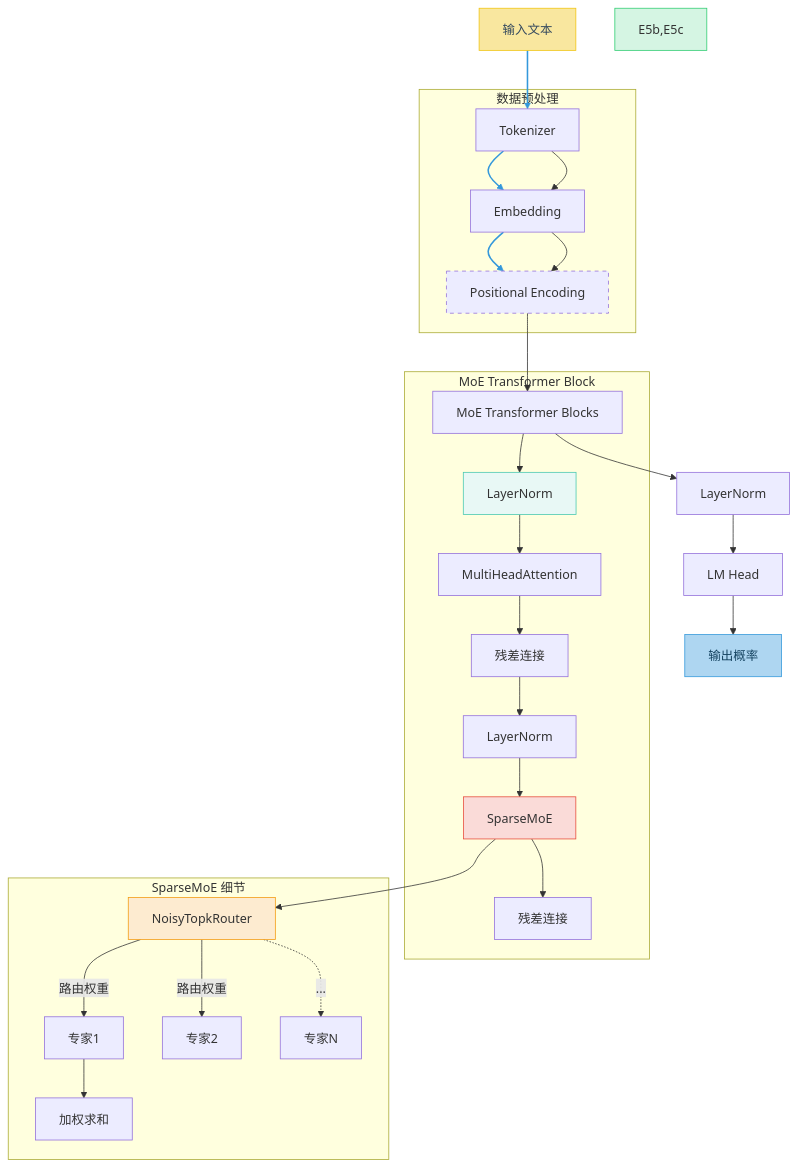
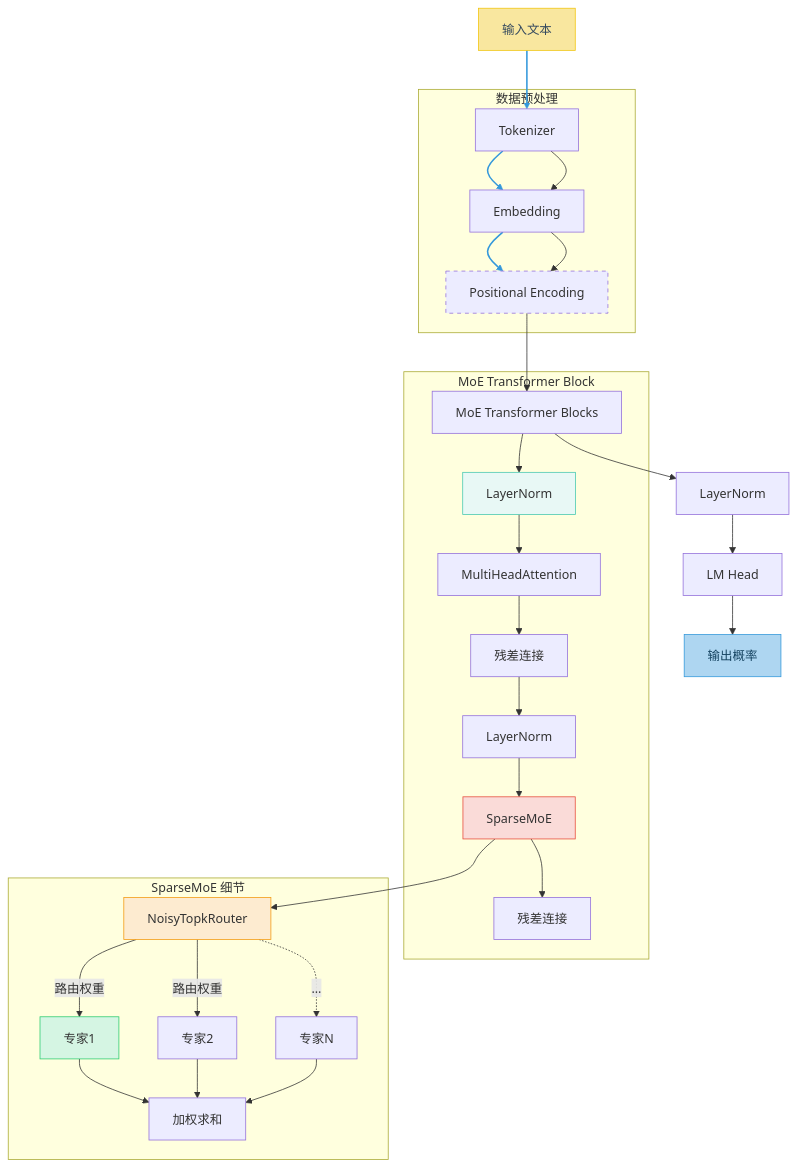
Before and after one commit to runningto/iodraw-files: the diagram in all/未命名-2.md, drawn with Mermaid.

Commit message:
2025-03-29 16:44:15 update

````diff
--- a/all/未命名-2.md
+++ b/all/未命名-2.md
@@ -1,45 +1,46 @@
 ```mermaid
 graph TD
     A[输入文本] --> B[Tokenizer]
     B --> C[Embedding]
     C --> D[Positional Encoding]
     D --> E[MoE Transformer Blocks]
     E --> F[LayerNorm]
     F --> G[LM Head]
     G --> H[输出概率]
 
     style A fill:#F9E79F,stroke:#F1C40F,color:#34495E
     style H fill:#AED6F1,stroke:#3498DB,color:#154360
 
     subgraph "数据预处理"
         B --> C
         C --> D
         style D stroke-dasharray: 5 5
     end
 
     subgraph "MoE Transformer Block"
         E --> E1[LayerNorm]
         E1 --> E2[MultiHeadAttention]
         E2 --> E3[残差连接]
         E3 --> E4[LayerNorm]
         E4 --> E5[SparseMoE]
         E5 --> E6[残差连接]
         style E1 fill:#E8F8F5,stroke:#48C9B0
         style E5 fill:#FADBD8,stroke:#E74C3C
     end
 
     subgraph "SparseMoE 细节"
         E5 --> E5a[NoisyTopkRouter]
         E5a -->|路由权重| E5b[专家1]
         E5a -->|路由权重| E5c[专家2]
         E5a -.->|...| E5d[专家N]
         E5b --> E5e[加权求和]
-
+        E5c --> E5e
+        E5d --> E5e
         style E5a fill:#FDEBD0,stroke:#F39C12
-        style E5b,E5c fill:#D5F5E3,stroke:#2ECC71
+        style E5b fill:#D5F5E3,stroke:#2ECC71
         linkStyle 0,1,2 stroke:#3498DB,stroke-width:2px
     end
 
     click E2 "https://pytorch.org/docs/stable/nn.html#multiheadattention" "PyTorch文档"
     click E5 "javascript:alert('专家数:8\\nTop-K:2')" "MoE参数"
 ```
````
